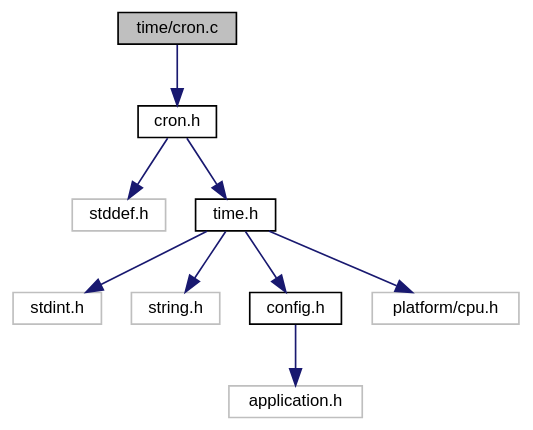
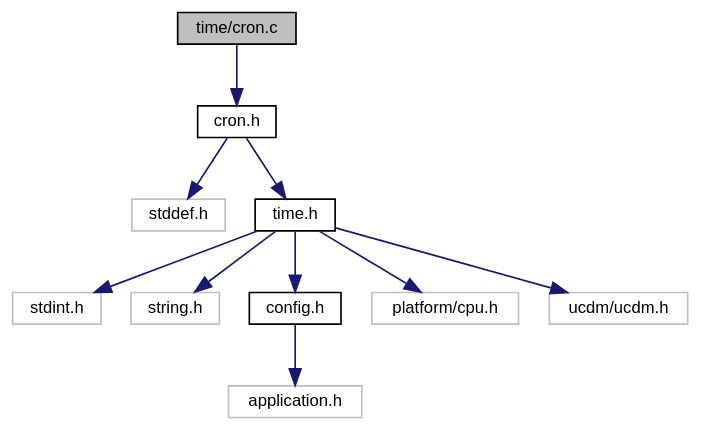
One commit to ebs-universe/piolib-time changed the diagram in cron_8c__incl.dot. Above: the diagram before and after it, drawn with Graphviz. The commit also changed 68 other files, not shown here.

```diff
--- a/cron_8c__incl.dot
+++ b/cron_8c__incl.dot
@@ -1,25 +1,27 @@
 digraph "time/cron.c"
 {
  // INTERACTIVE_SVG=YES
  // LATEX_PDF_SIZE
   bgcolor="transparent";
   edge [fontname="Helvetica",fontsize="10",labelfontname="Helvetica",labelfontsize="10"];
   node [fontname="Helvetica",fontsize="10",shape=record];
   Node1 [label="time/cron.c",height=0.2,width=0.4,color="black", fillcolor="grey75", style="filled", fontcolor="black",tooltip="Cron-like scheduling framework implementations."];
   Node1 -> Node2 [color="midnightblue",fontsize="10",style="solid",fontname="Helvetica"];
   Node2 [label="cron.h",height=0.2,width=0.4,color="black",URL="$cron_8h.html",tooltip="Cron-like scheduling framework for embebedded systems."];
   Node2 -> Node3 [color="midnightblue",fontsize="10",style="solid",fontname="Helvetica"];
   Node3 [label="stddef.h",height=0.2,width=0.4,color="grey75",tooltip=" "];
   Node2 -> Node4 [color="midnightblue",fontsize="10",style="solid",fontname="Helvetica"];
   Node4 [label="time.h",height=0.2,width=0.4,color="black",URL="$time_8h.html",tooltip="Time related functions for embebedded systems."];
   Node4 -> Node5 [color="midnightblue",fontsize="10",style="solid",fontname="Helvetica"];
   Node5 [label="stdint.h",height=0.2,width=0.4,color="grey75",tooltip=" "];
   Node4 -> Node6 [color="midnightblue",fontsize="10",style="solid",fontname="Helvetica"];
   Node6 [label="string.h",height=0.2,width=0.4,color="grey75",tooltip=" "];
   Node4 -> Node7 [color="midnightblue",fontsize="10",style="solid",fontname="Helvetica"];
   Node7 [label="config.h",height=0.2,width=0.4,color="black",URL="$config_8h_source.html",tooltip=" "];
   Node7 -> Node8 [color="midnightblue",fontsize="10",style="solid",fontname="Helvetica"];
   Node8 [label="application.h",height=0.2,width=0.4,color="grey75",tooltip=" "];
   Node4 -> Node9 [color="midnightblue",fontsize="10",style="solid",fontname="Helvetica"];
   Node9 [label="platform/cpu.h",height=0.2,width=0.4,color="grey75",tooltip=" "];
+  Node4 -> Node10 [color="midnightblue",fontsize="10",style="solid",fontname="Helvetica"];
+  Node10 [label="ucdm/ucdm.h",height=0.2,width=0.4,color="grey75",tooltip=" "];
 }
```
